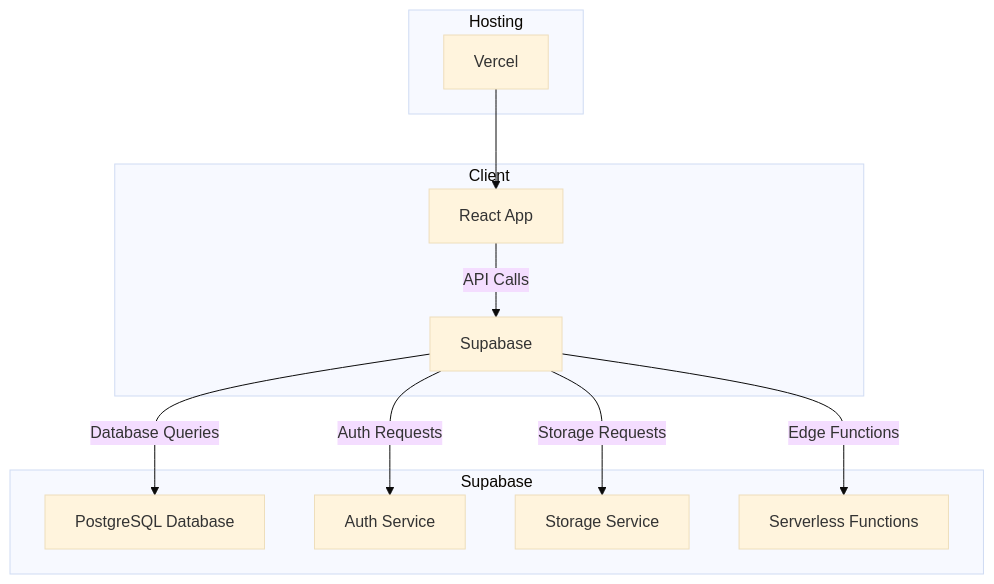
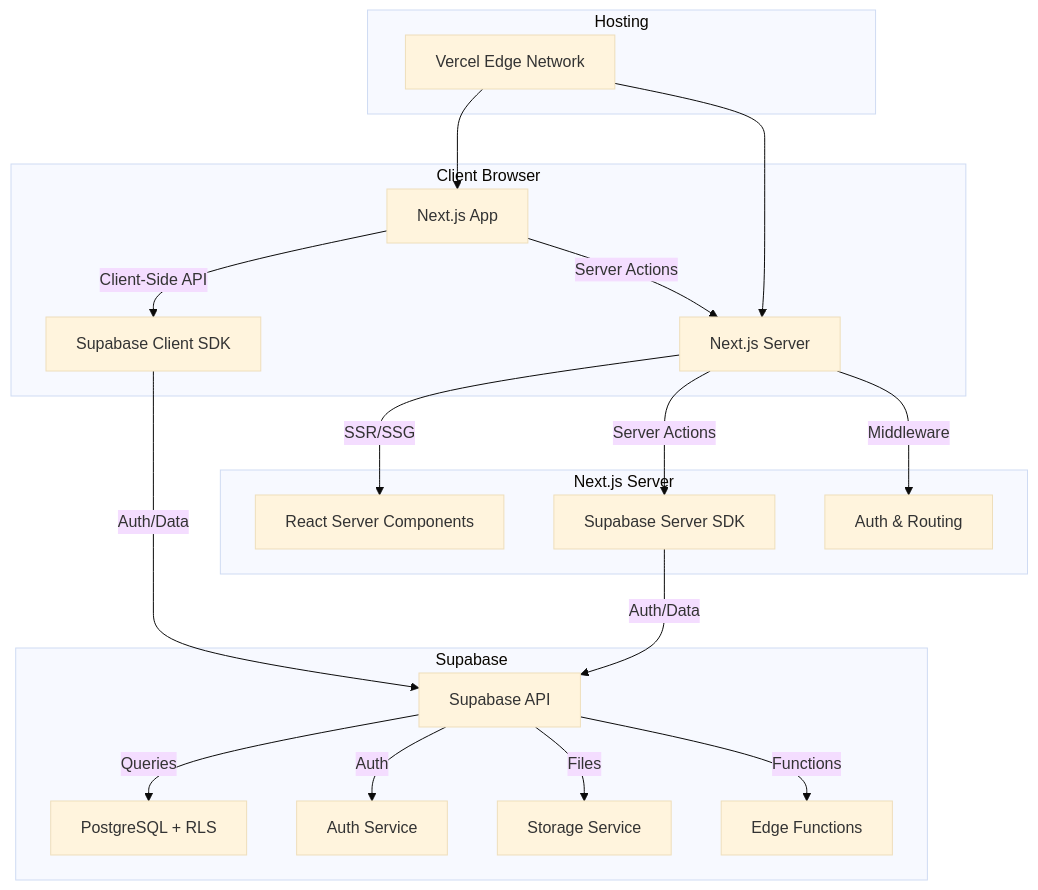
The first of 3 diagrams in doc/technical-specifications.md (hendurhance/whispr), drawn with Mermaid (base theme) before and after one commit. The commit also changed other lines of this file and 262 other files, not shown here.

````diff
--- a/doc/technical-specifications.md
+++ b/doc/technical-specifications.md
@@ -23,17 +46,27 @@
 ``` mermaid
 graph TD
-  subgraph Client
-    A[React App] -->|API Calls| B[Supabase]
+  subgraph Client Browser
+    A[Next.js App] -->|Server Actions| B[Next.js Server]
+    A -->|Client-Side API| C[Supabase Client SDK]
+  end
+
+  subgraph Next.js Server
+    B -->|SSR/SSG| D[React Server Components]
+    B -->|Server Actions| E[Supabase Server SDK]
+    B -->|Middleware| F[Auth & Routing]
   end
 
   subgraph Supabase
-    B -->|Database Queries| C[PostgreSQL Database]
-    B -->|Auth Requests| D[Auth Service]
-    B -->|Storage Requests| E[Storage Service]
-    B -->|Edge Functions| F[Serverless Functions]
+    C -->|Auth/Data| G[Supabase API]
+    E -->|Auth/Data| G
+    G -->|Queries| H[PostgreSQL + RLS]
+    G -->|Auth| I[Auth Service]
+    G -->|Files| J[Storage Service]
+    G -->|Functions| K[Edge Functions]
   end
 
   subgraph Hosting
-    G[Vercel] --> A
+    L[Vercel Edge Network] --> A
+    L --> B
   end
 ```
````
